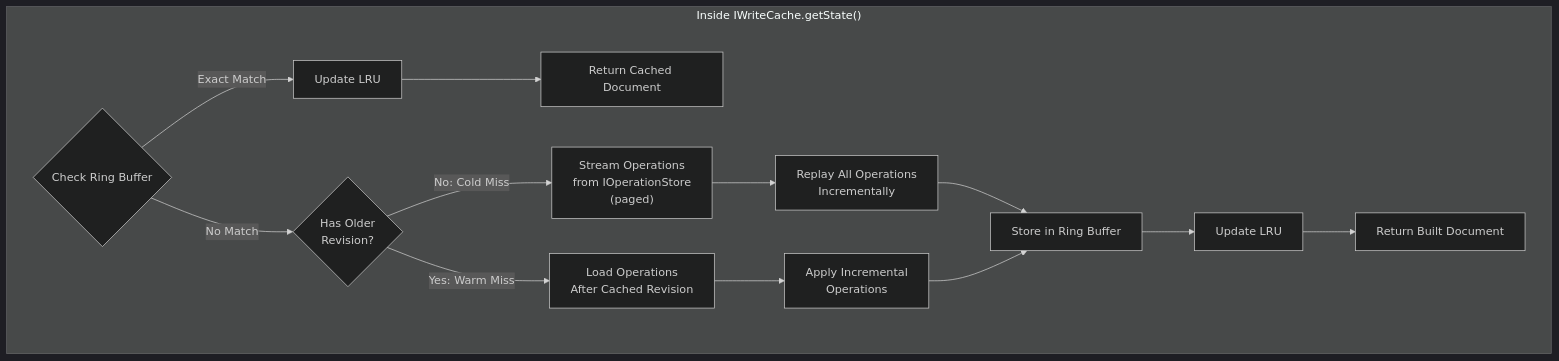
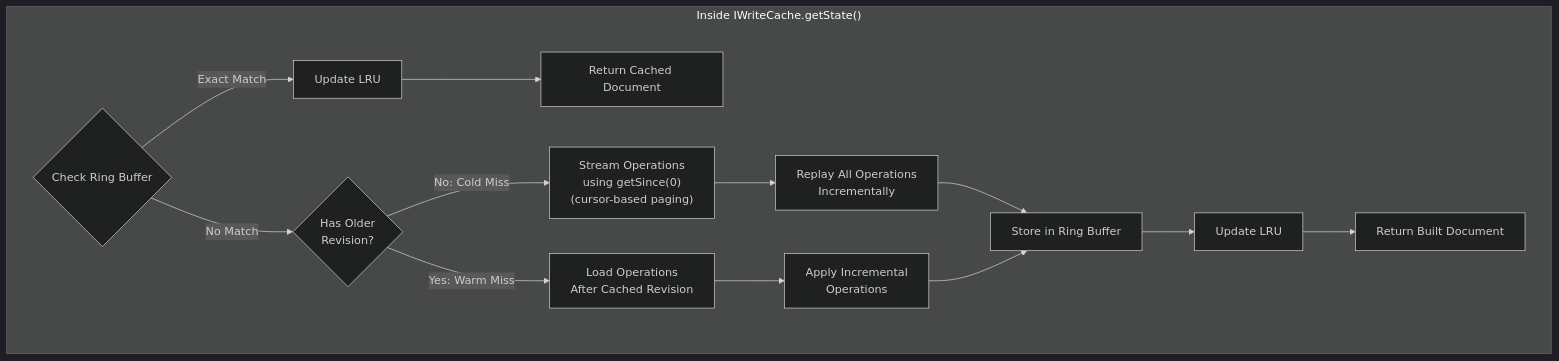
One commit to powerhouse-inc/powerhouse changed the second of 2 diagrams in packages/reactor/docs/planning/Cache/write-cache.md. Above: the diagram before and after it, drawn with Mermaid (dark theme). The commit also changed other lines of this file and 2 other files, not shown here.

Commit message:
chore: updating docs with paging interface

````diff
--- a/packages/reactor/docs/planning/Cache/write-cache.md
+++ b/packages/reactor/docs/planning/Cache/write-cache.md
@@ -94,17 +94,17 @@
 ```mermaid
 flowchart TD
     subgraph "Inside IWriteCache.getState()"
         CheckCache{"Check Ring Buffer"}
         CheckCache -->|Exact Match| UpdateLRU1["Update LRU"]
         UpdateLRU1 --> Return1["Return Cached Document"]
         CheckCache -->|No Match| ColdOrWarm{"Has Older<br/>Revision?"}
-        ColdOrWarm -->|No: Cold Miss| StreamOps["Stream Operations<br/>from IOperationStore<br/>(paged)"]
+        ColdOrWarm -->|No: Cold Miss| StreamOps["Stream Operations<br/>using getSince(0)<br/>(cursor-based paging)"]
         StreamOps --> ReplayCold["Replay All Operations<br/>Incrementally"]
         ColdOrWarm -->|Yes: Warm Miss| LoadIncremental["Load Operations<br/>After Cached Revision"]
         LoadIncremental --> ReplayWarm["Apply Incremental<br/>Operations"]
         ReplayCold --> StoreCache["Store in Ring Buffer"]
         ReplayWarm --> StoreCache
         StoreCache --> UpdateLRU2["Update LRU"]
         UpdateLRU2 --> Return2["Return Built Document"]
     end
 ```
````
